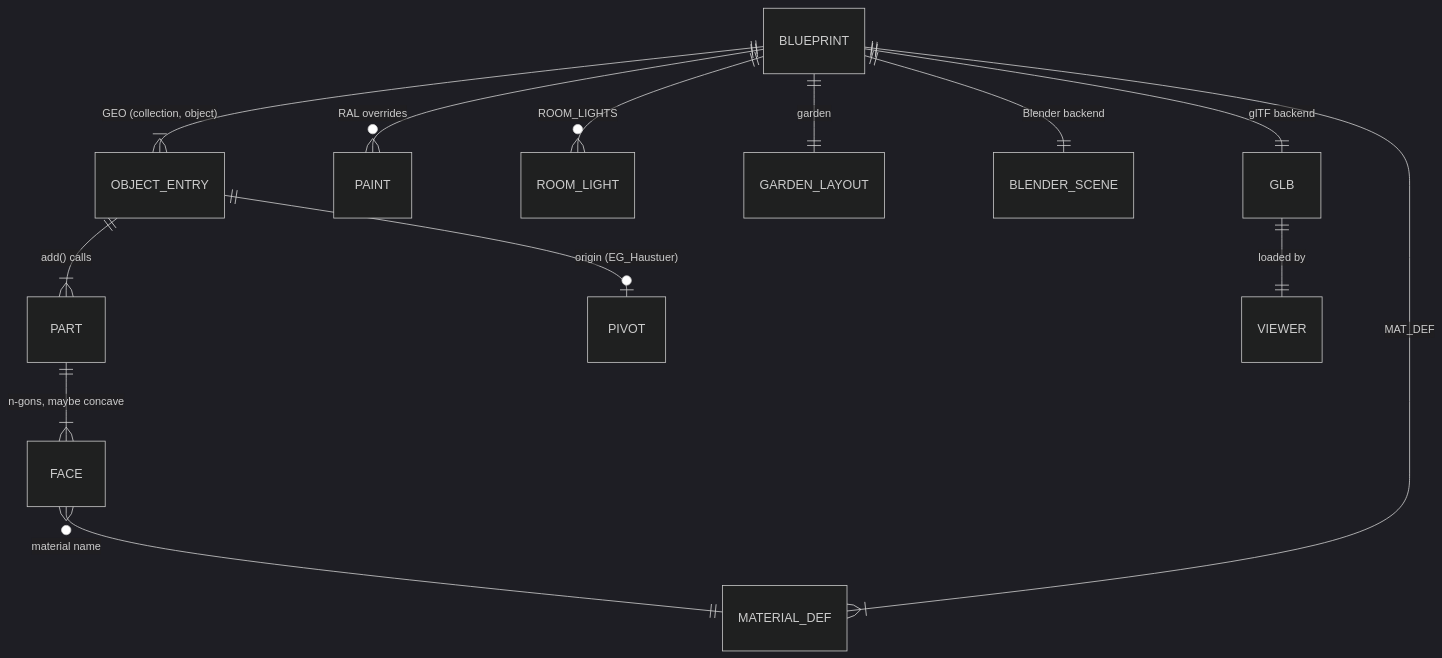
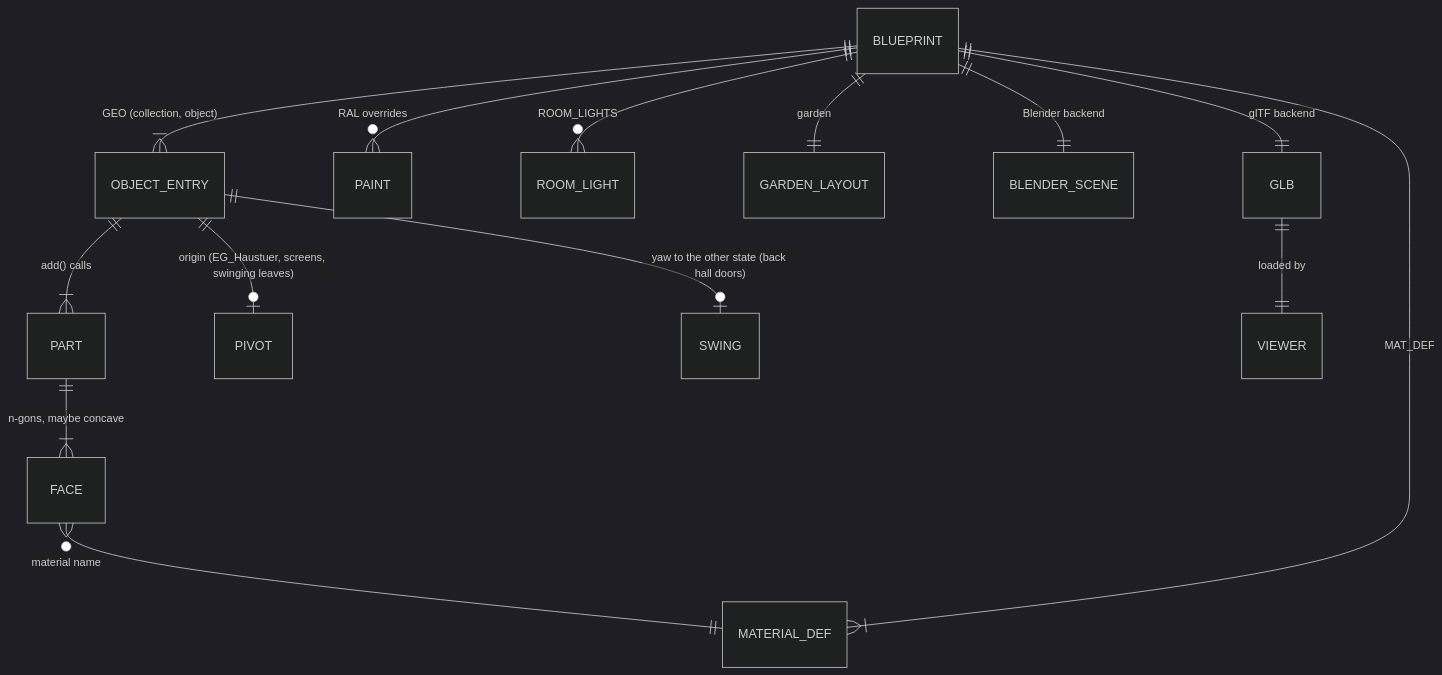
Before and after one commit to tillg/frechen_blender: the second of 4 diagrams in specs/system/domain.md, drawn with Mermaid (dark theme). The commit also changed other lines of this file and 2 other files, not shown here.

Commit message:
Gäste-WC with Garderobe and the back hall's swinging doors in the system description

````diff
--- a/specs/system/domain.md
+++ b/specs/system/domain.md
@@ -100,15 +101,16 @@
 ```mermaid
 erDiagram
     BLUEPRINT ||--|{ OBJECT_ENTRY : "GEO (collection, object)"
     OBJECT_ENTRY ||--|{ PART : "add() calls"
     PART ||--|{ FACE : "n-gons, maybe concave"
     FACE }o--|| MATERIAL_DEF : "material name"
     BLUEPRINT ||--|{ MATERIAL_DEF : MAT_DEF
     BLUEPRINT ||--o{ PAINT : "RAL overrides"
     BLUEPRINT ||--o{ ROOM_LIGHT : ROOM_LIGHTS
     BLUEPRINT ||--|| GARDEN_LAYOUT : garden
-    OBJECT_ENTRY ||--o| PIVOT : "origin (EG_Haustuer)"
+    OBJECT_ENTRY ||--o| PIVOT : "origin (EG_Haustuer, screens, swinging leaves)"
+    OBJECT_ENTRY ||--o| SWING : "yaw to the other state (back hall doors)"
     BLUEPRINT ||--|| BLENDER_SCENE : "Blender backend"
     BLUEPRINT ||--|| GLB : "glTF backend"
     GLB ||--|| VIEWER : "loaded by"
 ```
````
